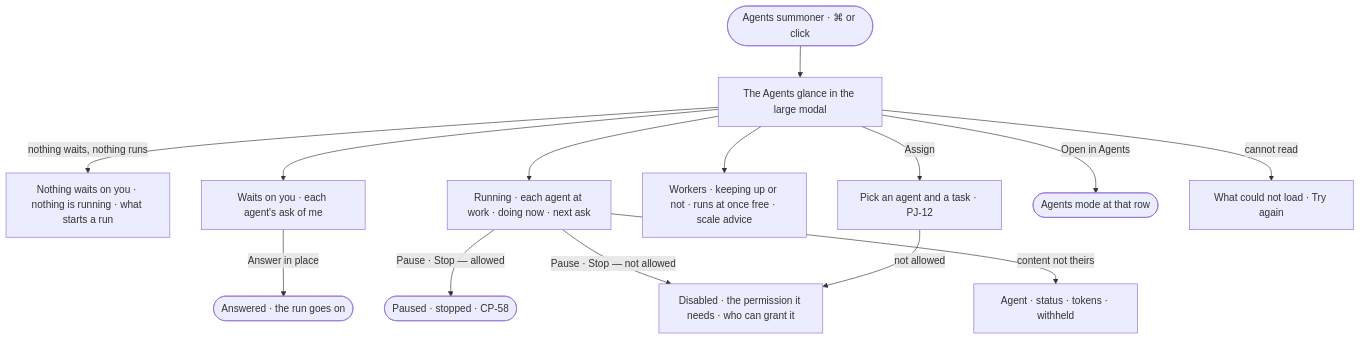
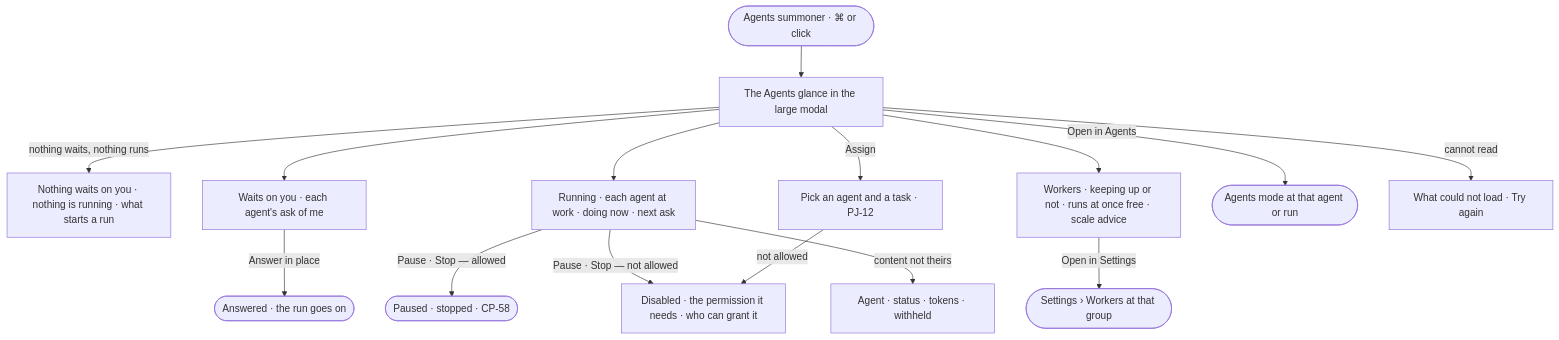
The diagram in specs/os/control/features/CP-F10-runs-and-how-the-agents-are-doing/stories/CP-72-glance-at-the-agents-without-leaving-my-work/story.md (invana/invana), drawn with Mermaid before and after one commit. The commit also changed other lines of this file and 43 other files, not shown here.

First line of the commit message:
docs(specs): Agents mode keeps work; Plugins, Fleet, Workers move to Settings

````diff
--- a/specs/os/control/features/CP-F10-runs-and-how-the-agents-are-doing/stories/CP-72-glance-at-the-agents-without-leaving-my-work/story.md
+++ b/specs/os/control/features/CP-F10-runs-and-how-the-agents-are-doing/stories/CP-72-glance-at-the-agents-without-leaving-my-work/story.md
@@ -26,16 +26,17 @@
 ```mermaid
 flowchart TD
   s([Agents summoner · ⌘ or click]) --> g["The Agents glance in the large modal"]
   g -->|nothing waits, nothing runs| e["Nothing waits on you · nothing is running · what starts a run"]
   g --> w["Waits on you · each agent's ask of me"]
   w -->|Answer in place| a(["Answered · the run goes on"])
   g --> r["Running · each agent at work · doing now · next ask"]
   r -->|Pause · Stop — allowed| x(["Paused · stopped · CP-58"])
   r -->|Pause · Stop — not allowed| d["Disabled · the permission it needs · who can grant it"]
   r -->|content not theirs| wh["Agent · status · tokens · withheld"]
   g --> k["Workers · keeping up or not · runs at once free · scale advice"]
   g -->|Assign| as["Pick an agent and a task · PJ-12"]
   as -->|not allowed| d
-  g -->|Open in Agents| ag(["Agents mode at that row"])
+  g -->|Open in Agents| ag(["Agents mode at that agent or run"])
+  k -->|Open in Settings| sw(["Settings › Workers at that group"])
   g -->|cannot read| f["What could not load · Try again"]
 ```
````
